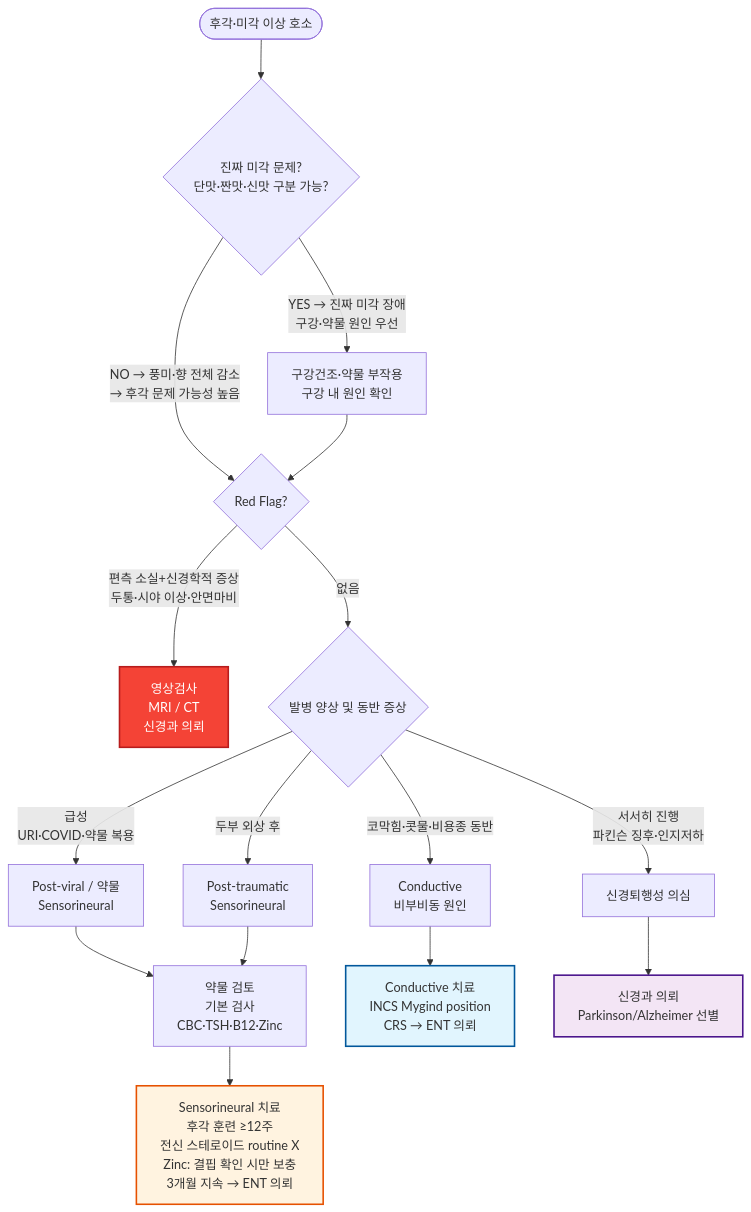
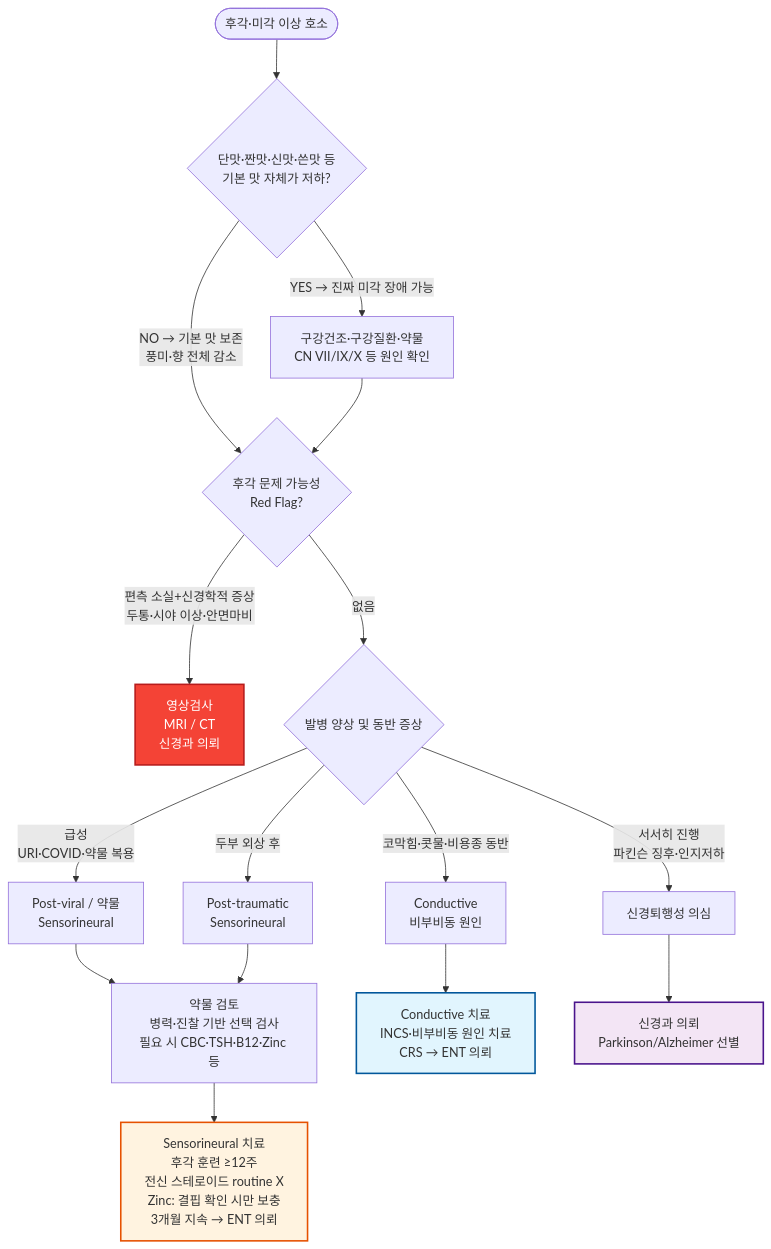
One commit to familyoh77/familyoh77 changed the diagram in 220_/005_-smell-taste-disorders.md. Above: the diagram before and after it, drawn with Mermaid. The commit also changed other lines of this file, not shown here.

````diff
--- a/220_/005_-smell-taste-disorders.md
+++ b/220_/005_-smell-taste-disorders.md
@@ -144,22 +150,22 @@
 ```mermaid
 graph TD
-    A([후각·미각 이상 호소]) --> B{"진짜 미각 문제? <br/>단맛·짠맛·신맛 구분 가능?"}
-    B -->|"YES → 진짜 미각 장애<br/>구강·약물 원인 우선"| C["구강건조·약물 부작용<br/>구강 내 원인 확인"]
-    B -->|"NO → 풍미·향 전체 감소<br/>→ 후각 문제 가능성 높음"| D{"Red Flag?"}
+    A([후각·미각 이상 호소]) --> B{"단맛·짠맛·신맛·쓴맛 등<br/>기본 맛 자체가 저하?"}
+    B -->|"YES → 진짜 미각 장애 가능"| C["구강건조·구강질환·약물<br/>CN VII/IX/X 등 원인 확인"]
+    B -->|"NO → 기본 맛 보존<br/>풍미·향 전체 감소"| D{"후각 문제 가능성<br/>Red Flag?"}
     C --> D
     D -->|"편측 소실+신경학적 증상<br/>두통·시야 이상·안면마비"| E["영상검사<br/>MRI / CT<br/>신경과 의뢰"]
     D -->|없음| F{"발병 양상 및 동반 증상"}
     F -->|"급성<br/>URI·COVID·약물 복용"| G["Post-viral / 약물<br/>Sensorineural"]
     F -->|"두부 외상 후"| H["Post-traumatic<br/>Sensorineural"]
     F -->|"코막힘·콧물·비용종 동반"| I["Conductive<br/>비부비동 원인"]
     F -->|"서서히 진행<br/>파킨슨 징후·인지저하"| J["신경퇴행성 의심"]
-    G --> K["약물 검토<br/>기본 검사<br/>CBC·TSH·B12·Zinc"]
+    G --> K["약물 검토<br/>병력·진찰 기반 선택 검사<br/>필요 시 CBC·TSH·B12·Zinc 등"]
     H --> K
-    I --> L["Conductive 치료<br/>INCS Mygind position<br/>CRS → ENT 의뢰"]
+    I --> L["Conductive 치료<br/>INCS·비부비동 원인 치료<br/>CRS → ENT 의뢰"]
     J --> M["신경과 의뢰<br/>Parkinson/Alzheimer 선별"]
     K --> N["Sensorineural 치료<br/>후각 훈련 ≥12주 <br/>전신 스테로이드 routine X<br/>Zinc: 결핍 확인 시만 보충<br/>3개월 지속 → ENT 의뢰"]
     style E fill:#f44336,stroke:#b71c1c,color:#fff,stroke-width:2px
     style L fill:#e1f5fe,stroke:#01579b,stroke-width:2px
     style N fill:#fff3e0,stroke:#e65100,stroke-width:2px
     style M fill:#f3e5f5,stroke:#4a148c,stroke-width:2px
 ```
````
